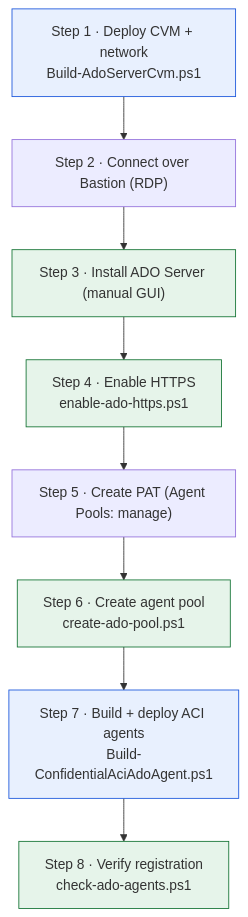
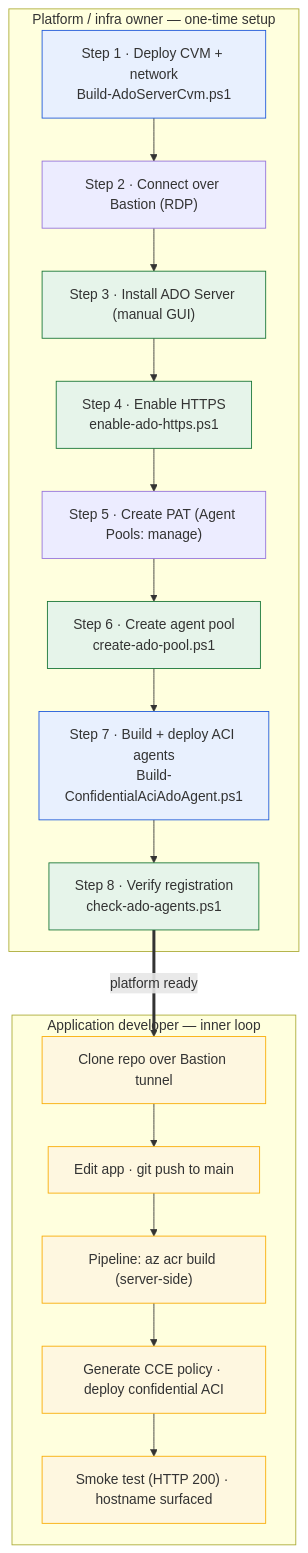
The second of 3 diagrams in usecase-ado-server-iaas/README.md (vinfnet/confidential-computing), drawn with Mermaid before and after one commit. The commit also changed other lines of this file, not shown here.

Commit message:
docs: update architecture diagrams for two-persona model, ACR, and confidential app deploy

````diff
--- a/usecase-ado-server-iaas/README.md
+++ b/usecase-ado-server-iaas/README.md
@@ -194,18 +216,32 @@
 ```mermaid
 flowchart TD
-    s1["Step 1 · Deploy CVM + network<br/>Build-AdoServerCvm.ps1"]
-    s2["Step 2 · Connect over Bastion (RDP)"]
-    s3["Step 3 · Install ADO Server (manual GUI)"]
-    s4["Step 4 · Enable HTTPS<br/>enable-ado-https.ps1"]
-    s5["Step 5 · Create PAT (Agent Pools: manage)"]
-    s6["Step 6 · Create agent pool<br/>create-ado-pool.ps1"]
-    s7["Step 7 · Build + deploy ACI agents<br/>Build-ConfidentialAciAdoAgent.ps1"]
-    s8["Step 8 · Verify registration<br/>check-ado-agents.ps1"]
+    subgraph setup["Platform / infra owner — one-time setup"]
+        s1["Step 1 · Deploy CVM + network<br/>Build-AdoServerCvm.ps1"]
+        s2["Step 2 · Connect over Bastion (RDP)"]
+        s3["Step 3 · Install ADO Server (manual GUI)"]
+        s4["Step 4 · Enable HTTPS<br/>enable-ado-https.ps1"]
+        s5["Step 5 · Create PAT (Agent Pools: manage)"]
+        s6["Step 6 · Create agent pool<br/>create-ado-pool.ps1"]
+        s7["Step 7 · Build + deploy ACI agents<br/>Build-ConfidentialAciAdoAgent.ps1"]
+        s8["Step 8 · Verify registration<br/>check-ado-agents.ps1"]
+        s1 --> s2 --> s3 --> s4 --> s5 --> s6 --> s7 --> s8
+    end
 
-    s1 --> s2 --> s3 --> s4 --> s5 --> s6 --> s7 --> s8
+    subgraph loop["Application developer — inner loop"]
+        d1["Clone repo over Bastion tunnel"]
+        d2["Edit app · git push to main"]
+        d3["Pipeline: az acr build (server-side)"]
+        d4["Generate CCE policy · deploy confidential ACI"]
+        d5["Smoke test (HTTP 200) · hostname surfaced"]
+        d1 --> d2 --> d3 --> d4 --> d5
+    end
+
+    s8 ==>|"platform ready"| d1
 
     classDef ws fill:#e8f0fe,stroke:#1a56db,stroke-width:1px;
     classDef vm fill:#e6f4ea,stroke:#137333,stroke-width:1px;
+    classDef dev fill:#fef7e0,stroke:#f9ab00,stroke-width:1px;
     class s1,s7 ws;
     class s3,s4,s6,s8 vm;
+    class d1,d2,d3,d4,d5 dev;
 ```
````
